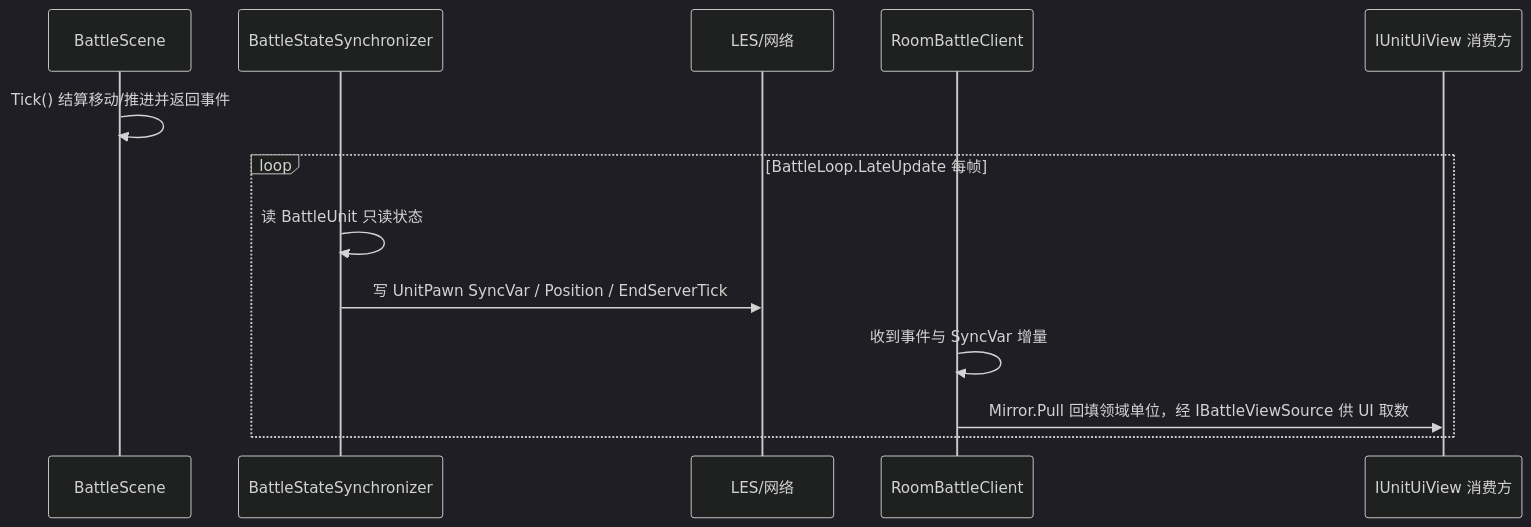
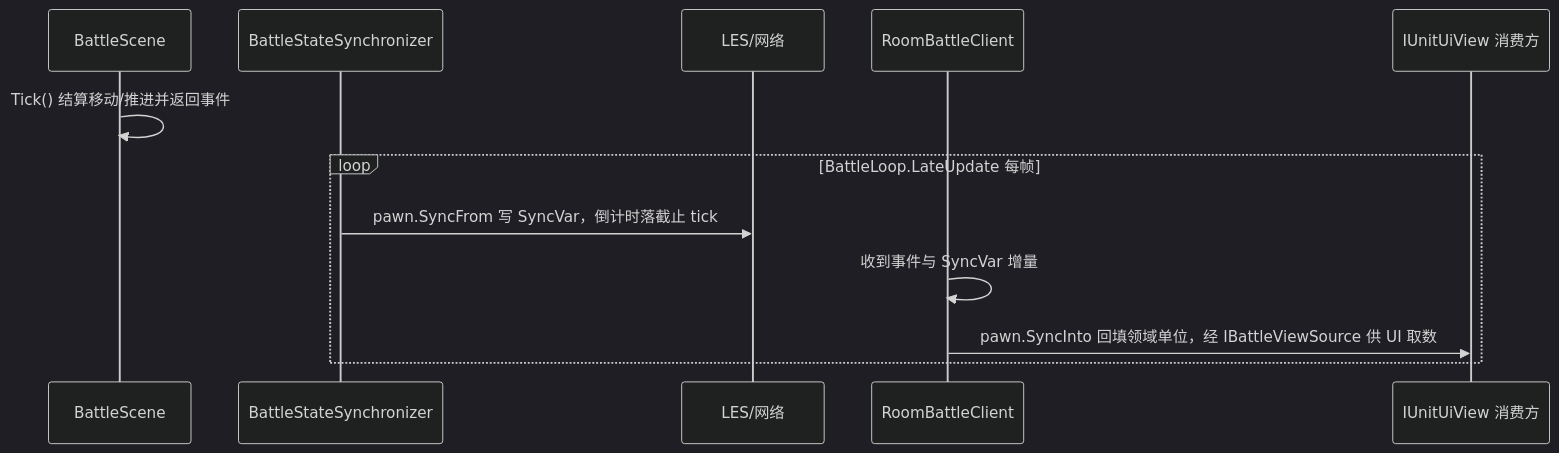
Before and after one commit to DrMelt/dungeon_chess_battle: the diagram in docs/flow/battle-state-sync.md, drawn with Mermaid (dark theme). The commit also changed other lines of this file and 16 other files, not shown here.

Commit message:
refactor: 战斗状态搬运收进 UnitPawn 双向同步通道，移除投影契约并补齐在线端冷却回填

````diff
--- a/docs/flow/battle-state-sync.md
+++ b/docs/flow/battle-state-sync.md
@@ -77,16 +80,15 @@
 ```mermaid
 sequenceDiagram
     participant Scene as BattleScene
     participant Sync as BattleStateSynchronizer
     participant Net as LES/网络
     participant Client as RoomBattleClient
     participant UI as IUnitUiView 消费方
 
     Scene->>Scene: Tick() 结算移动/推进并返回事件
     Loop BattleLoop.LateUpdate 每帧
-        Sync->>Sync: 读 BattleUnit 只读状态
-        Sync->>Net: 写 UnitPawn SyncVar / Position / EndServerTick
+        Sync->>Net: pawn.SyncFrom 写 SyncVar，倒计时落截止 tick
         Client->>Client: 收到事件与 SyncVar 增量
-        Client->>UI: Mirror.Pull 回填领域单位，经 IBattleViewSource 供 UI 取数
+        Client->>UI: pawn.SyncInto 回填领域单位，经 IBattleViewSource 供 UI 取数
     end
 ```
````
